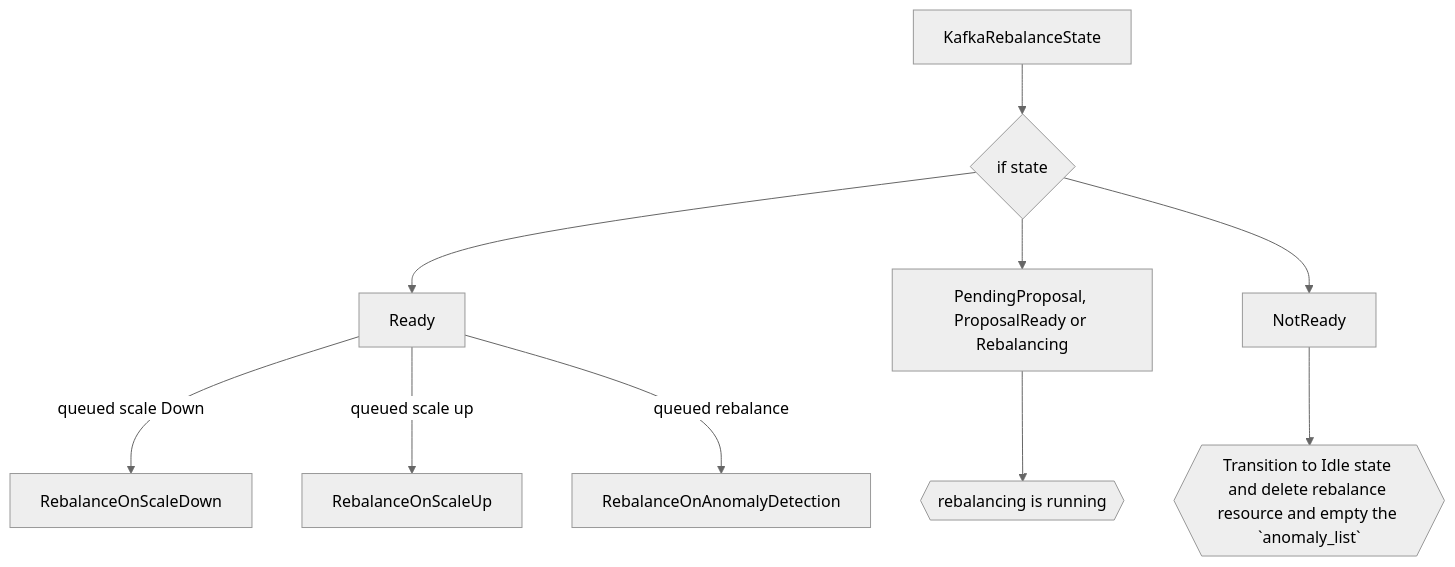
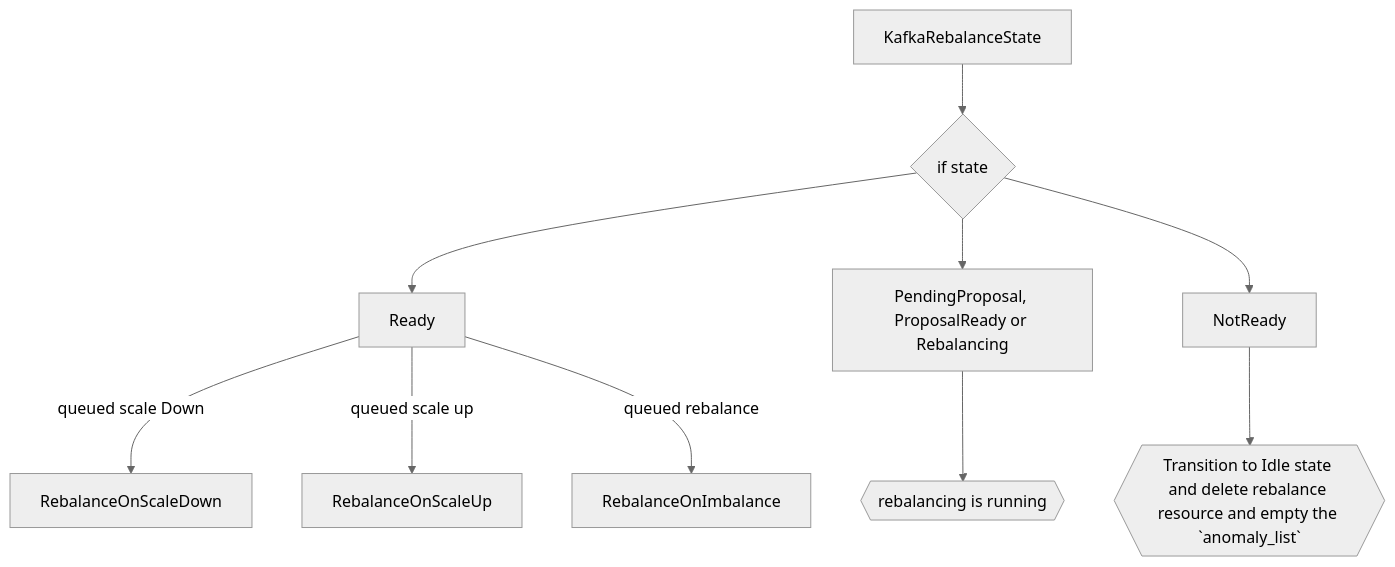
The sixth of 6 diagrams in 106-auto-rebalance-on-imbalanced-clusters.md (strimzi/proposals), drawn with Mermaid (neutral theme) before and after one commit. The commit also changed other lines of this file, not shown here.

````diff
--- a/106-auto-rebalance-on-imbalanced-clusters.md
+++ b/106-auto-rebalance-on-imbalanced-clusters.md
@@ -450,12 +455,12 @@
 ```mermaid
 flowchart TB
   A[KafkaRebalanceState] --> B{if state}
   B --> C[Ready]
   C -- queued scale Down --> D[RebalanceOnScaleDown]
   C -- queued scale up --> E[RebalanceOnScaleUp]
-  C -- queued rebalance --> F[RebalanceOnAnomalyDetection]
+  C -- queued rebalance --> F[RebalanceOnImbalance]
   B --> G[PendingProposal, ProposalReady or Rebalancing]
   G --> H{{rebalancing is running}}
   B --> I[NotReady]
   I --> J{{Transition to Idle state and delete rebalance resource and empty the `anomaly_list`}}
 ```
````
